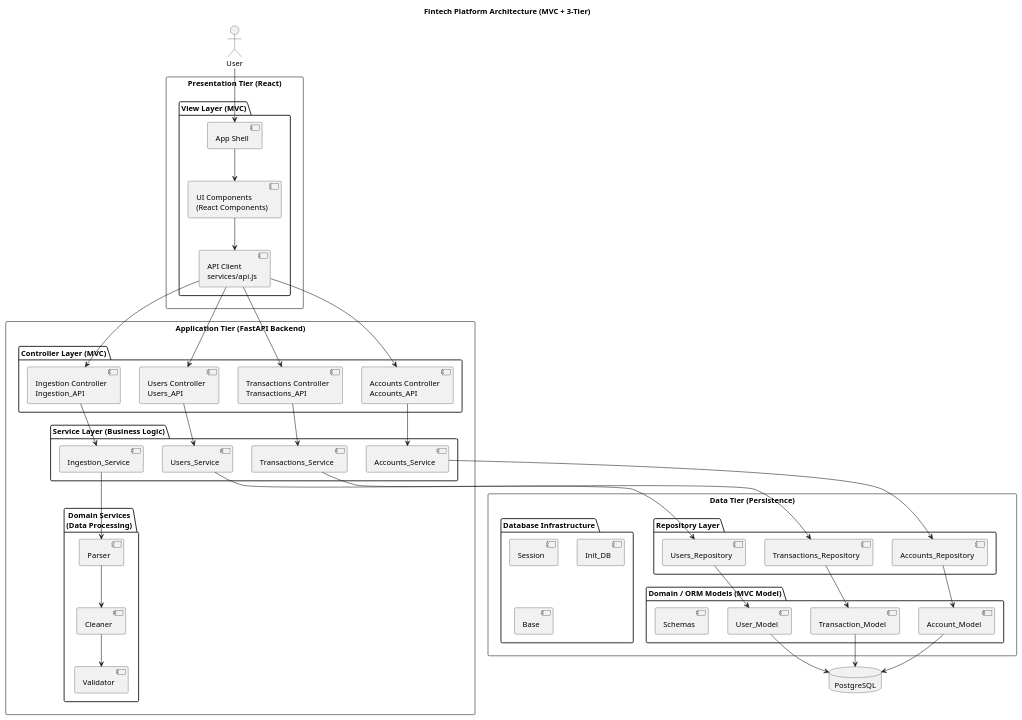
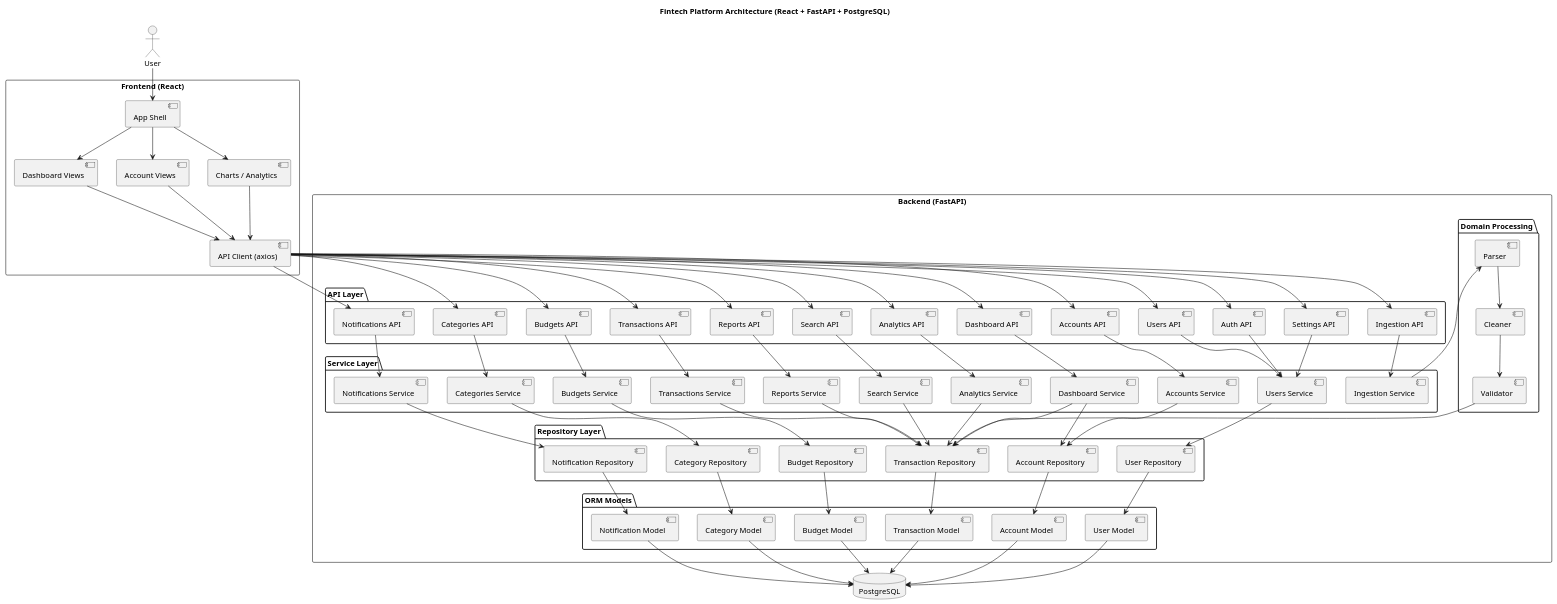
Before and after one commit to ruanbeets/fintech-platform: the diagram in docs/architecture/current/system_architecture.puml, drawn with PlantUML. The commit also changed 72 other files, not shown here.

First line of the commit message:
refactor(backend): rebuild FastAPI backend architecture and stabilize database startup

```diff
--- a/docs/architecture/current/system_architecture.puml
+++ b/docs/architecture/current/system_architecture.puml
@@ -1,141 +1,189 @@
-@startuml FintechPlatform
-
-title Fintech Platform Architecture (MVC + 3-Tier)
+@startuml
+title Fintech Platform Architecture (React + FastAPI + PostgreSQL)
 
 actor User
 
-' =========================
-' Presentation Tier
-' =========================
-rectangle "Presentation Tier (React)" {
+' -----------------------------
+' Frontend
+' -----------------------------
 
-    package "View Layer (MVC)" {
+rectangle "Frontend (React)" {
 
-        component "App Shell" as App
-        component "UI Components\n(React Components)" as Components
-        component "API Client\nservices/api.js" as ApiClient
+    component "App Shell" as AppShell
+    component "Dashboard Views" as DashboardViews
+    component "Account Views" as AccountViews
+    component "Charts / Analytics" as Charts
+    component "API Client (axios)" as APIClient
+
+}
+
+' -----------------------------
+' Backend
+' -----------------------------
+
+rectangle "Backend (FastAPI)" {
+
+    package "API Layer" {
+
+        component "Auth API" as AuthAPI
+        component "Users API" as UsersAPI
+        component "Accounts API" as AccountsAPI
+        component "Transactions API" as TransactionsAPI
+        component "Analytics API" as AnalyticsAPI
+        component "Dashboard API" as DashboardAPI
+        component "Budgets API" as BudgetsAPI
+        component "Categories API" as CategoriesAPI
+        component "Notifications API" as NotificationsAPI
+        component "Reports API" as ReportsAPI
+        component "Search API" as SearchAPI
+        component "Settings API" as SettingsAPI
+        component "Ingestion API" as IngestionAPI
+
+    }
+
+    package "Service Layer" {
+
+        component "Users Service" as UsersService
+        component "Accounts Service" as AccountsService
+        component "Transactions Service" as TransactionsService
+        component "Analytics Service" as AnalyticsService
+        component "Dashboard Service" as DashboardService
+        component "Budgets Service" as BudgetsService
+        component "Categories Service" as CategoriesService
+        component "Reports Service" as ReportsService
+        component "Search Service" as SearchService
+        component "Notifications Service" as NotificationsService
+        component "Ingestion Service" as IngestionService
+    }
+
+    package "Domain Processing" {
+
+        component "Parser" as Parser
+        component "Cleaner" as Cleaner
+        component "Validator" as Validator
+
+    }
+
+    package "Repository Layer" {
+
+        component "User Repository" as UserRepo
+        component "Account Repository" as AccountRepo
+        component "Transaction Repository" as TransactionRepo
+        component "Budget Repository" as BudgetRepo
+        component "Category Repository" as CategoryRepo
+        component "Notification Repository" as NotificationRepo
+    }
+
+    package "ORM Models" {
+
+        component "User Model" as UserModel
+        component "Account Model" as AccountModel
+        component "Transaction Model" as TransactionModel
+        component "Budget Model" as BudgetModel
+        component "Category Model" as CategoryModel
+        component "Notification Model" as NotificationModel
 
     }
 
 }
 
-' =========================
-' Application Tier
-' =========================
-rectangle "Application Tier (FastAPI Backend)" {
+database "PostgreSQL" as DB
 
-    package "Controller Layer (MVC)" {
+' -----------------------------
+' Frontend connections
+' -----------------------------
 
-        component "Accounts Controller\nAccounts_API" as Accounts_API
-        component "Transactions Controller\nTransactions_API" as Transactions_API
-        component "Users Controller\nUsers_API" as Users_API
-        component "Ingestion Controller\nIngestion_API" as Ingestion_API
+User --> AppShell
 
-    }
+AppShell --> DashboardViews
+AppShell --> AccountViews
+AppShell --> Charts
 
-    package "Service Layer (Business Logic)" {
+DashboardViews --> APIClient
+AccountViews --> APIClient
+Charts --> APIClient
 
-        component Accounts_Service
-        component Transactions_Service
-        component Users_Service
-        component Ingestion_Service
+' -----------------------------
+' API calls
+' -----------------------------
 
-    }
+APIClient --> AuthAPI
+APIClient --> UsersAPI
+APIClient --> AccountsAPI
+APIClient --> TransactionsAPI
+APIClient --> AnalyticsAPI
+APIClient --> DashboardAPI
+APIClient --> BudgetsAPI
+APIClient --> CategoriesAPI
+APIClient --> NotificationsAPI
+APIClient --> ReportsAPI
+APIClient --> SearchAPI
+APIClient --> SettingsAPI
+APIClient --> IngestionAPI
 
-    package "Domain Services\n(Data Processing)" {
+' -----------------------------
+' API → Services
+' -----------------------------
 
-        component Parser
-        component Cleaner
-        component Validator
+AuthAPI --> UsersService
+UsersAPI --> UsersService
+AccountsAPI --> AccountsService
+TransactionsAPI --> TransactionsService
+AnalyticsAPI --> AnalyticsService
+DashboardAPI --> DashboardService
+BudgetsAPI --> BudgetsService
+CategoriesAPI --> CategoriesService
+NotificationsAPI --> NotificationsService
+ReportsAPI --> ReportsService
+SearchAPI --> SearchService
+SettingsAPI --> UsersService
+IngestionAPI --> IngestionService
 
-    }
+' -----------------------------
+' Ingestion pipeline
+' -----------------------------
 
-}
-
-' =========================
-' Data Tier
-' =========================
-rectangle "Data Tier (Persistence)" {
-
-    package "Repository Layer" {
-
-        component Accounts_Repository
-        component Transactions_Repository
-        component Users_Repository
-
-    }
-
-    package "Domain / ORM Models (MVC Model)" {
-
-        component Account_Model
-        component Transaction_Model
-        component User_Model
-        component Schemas
-
-    }
-
-    package "Database Infrastructure" {
-
-        component Session
-        component Init_DB
-        component Base
-
-    }
-
-}
-
-database DB as "PostgreSQL"
-
-' =========================
-' User Interaction
-' =========================
-User --> App
-
-App --> Components
-Components --> ApiClient
-
-' =========================
-' Controller interactions
-' =========================
-ApiClient --> Accounts_API
-ApiClient --> Transactions_API
-ApiClient --> Users_API
-ApiClient --> Ingestion_API
-
-' =========================
-' Controllers -> Services
-' =========================
-Accounts_API --> Accounts_Service
-Transactions_API --> Transactions_Service
-Users_API --> Users_Service
-Ingestion_API --> Ingestion_Service
-
-' =========================
-' Ingestion Pipeline
-' =========================
-Ingestion_Service --> Parser
+IngestionService --> Parser
 Parser --> Cleaner
 Cleaner --> Validator
+Validator --> TransactionRepo
 
-' =========================
-' Services -> Repositories
-' =========================
-Accounts_Service --> Accounts_Repository
-Transactions_Service --> Transactions_Repository
-Users_Service --> Users_Repository
+' -----------------------------
+' Services → Repositories
+' -----------------------------
 
-' =========================
-' Repositories -> Models
-' =========================
-Accounts_Repository --> Account_Model
-Transactions_Repository --> Transaction_Model
-Users_Repository --> User_Model
+UsersService --> UserRepo
+AccountsService --> AccountRepo
+TransactionsService --> TransactionRepo
+AnalyticsService --> TransactionRepo
+DashboardService --> AccountRepo
+DashboardService --> TransactionRepo
+BudgetsService --> BudgetRepo
+CategoriesService --> CategoryRepo
+NotificationsService --> NotificationRepo
+ReportsService --> TransactionRepo
+SearchService --> TransactionRepo
 
-' =========================
-' Models -> Database
-' =========================
-Account_Model --> DB
-Transaction_Model --> DB
-User_Model --> DB
+' -----------------------------
+' Repositories → Models
+' -----------------------------
+
+UserRepo --> UserModel
+AccountRepo --> AccountModel
+TransactionRepo --> TransactionModel
+BudgetRepo --> BudgetModel
+CategoryRepo --> CategoryModel
+NotificationRepo --> NotificationModel
+
+' -----------------------------
+' Models → Database
+' -----------------------------
+
+UserModel --> DB
+AccountModel --> DB
+TransactionModel --> DB
+BudgetModel --> DB
+CategoryModel --> DB
+NotificationModel --> DB
 
 @enduml
```
